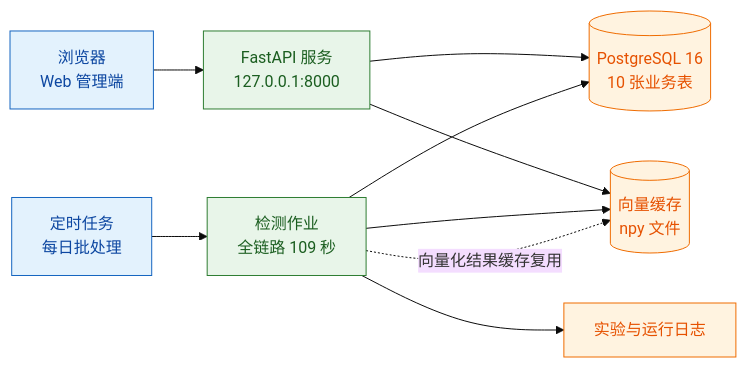
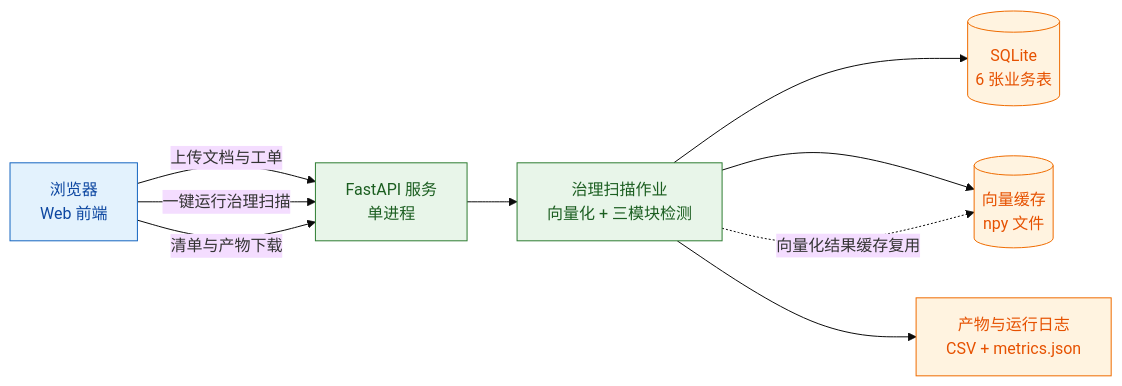
The diagram in poc/kbgovernance/figures/07-部署与运行环境.md (meisijiya/kb-quality-governance), drawn with Mermaid (base theme) before and after one commit. The commit also changed other lines of this file and 36 other files, not shown here.

````diff
--- a/poc/kbgovernance/figures/07-部署与运行环境.md
+++ b/poc/kbgovernance/figures/07-部署与运行环境.md
@@ -80,22 +82,21 @@
 ```mermaid
 flowchart LR
-  U["浏览器<br/>Web 管理端"]:::a
-  SCHED["定时任务<br/>每日批处理"]:::a
-  S["FastAPI 服务<br/>127.0.0.1:8000"]:::b
-  J["检测作业<br/>全链路 109 秒"]:::b
-  DB[("PostgreSQL 16<br/>10 张业务表")]:::c
+  U["浏览器<br/>Web 前端"]:::a
+  S["FastAPI 服务<br/>单进程"]:::b
+  J["治理扫描作业<br/>向量化 + 三模块检测"]:::b
+  DB[("SQLite<br/>6 张业务表")]:::c
   VEC[("向量缓存<br/>npy 文件")]:::c
-  LOG["实验与运行日志"]:::c
-  U --> S
-  S --> DB
-  S --> VEC
-  SCHED --> J
+  LOG["产物与运行日志<br/>CSV + metrics.json"]:::c
+  U -->|上传文档与工单| S
+  U -->|一键运行治理扫描| S
+  U -->|清单与产物下载| S
+  S --> J
   J --> DB
   J --> VEC
   J --> LOG
   J -.->|向量化结果缓存复用| VEC
 
   classDef a fill:#e3f2fd,stroke:#1565c0,color:#0d47a1
   classDef b fill:#e8f5e9,stroke:#2e7d32,color:#1b5e20
   classDef c fill:#fff3e0,stroke:#ef6c00,color:#e65100
 ```
````
